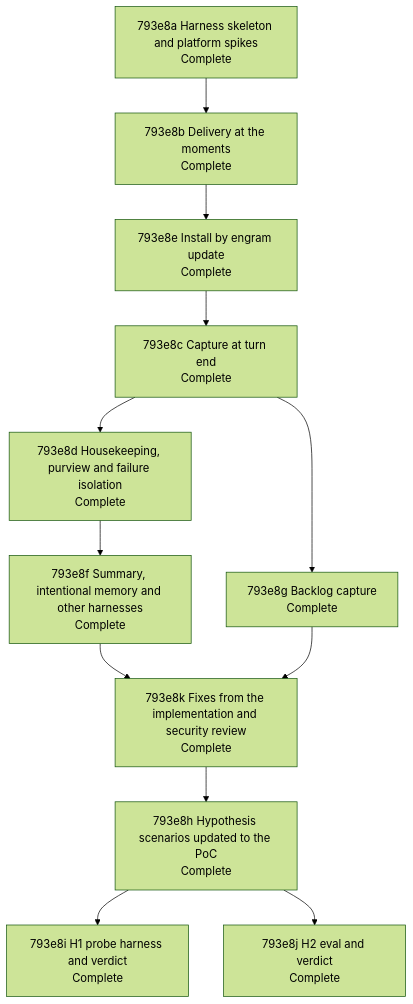
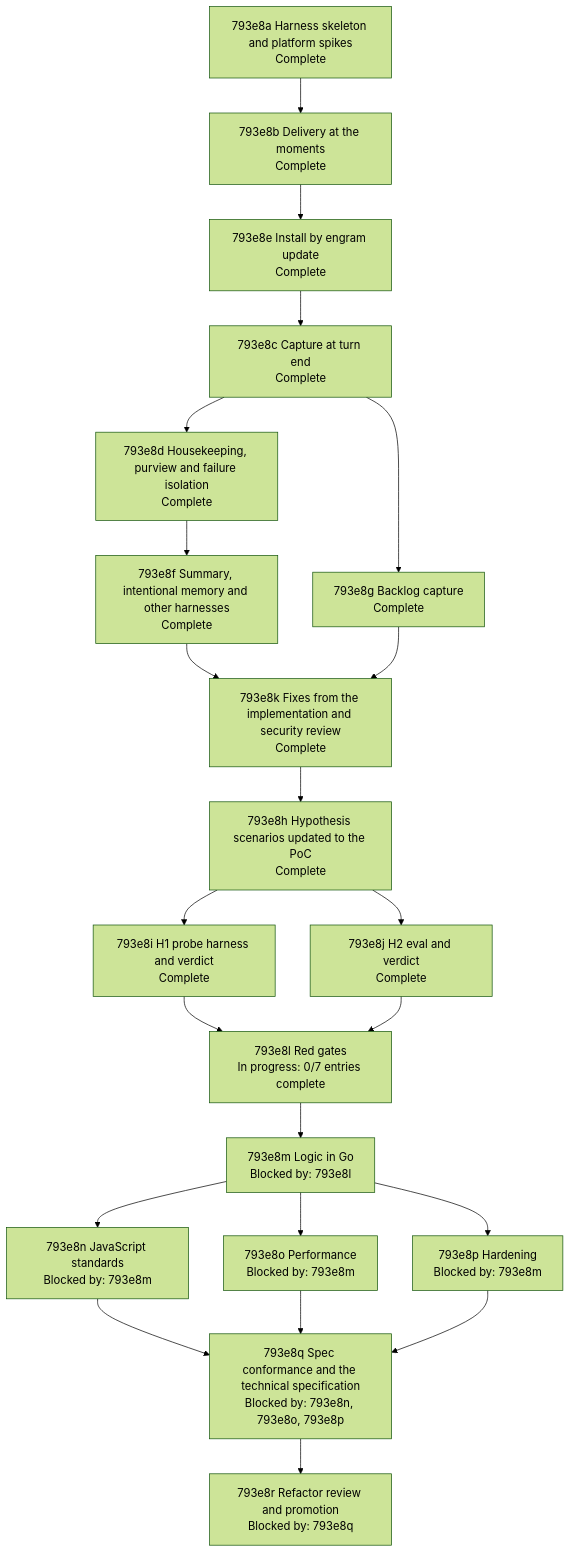
The diagram in docs/changes/793_parallel-memory-agent/793e_implementation-plan.md (toejough/engram), drawn with Mermaid (forest theme) before and after one commit. The commit also changed other lines of this file and 1 other file, not shown here.

````diff
--- a/docs/changes/793_parallel-memory-agent/793e_implementation-plan.md
+++ b/docs/changes/793_parallel-memory-agent/793e_implementation-plan.md
@@ -217,23 +219,40 @@
 ```mermaid
 flowchart TD
   n793e8a["793e8a Harness skeleton and platform spikes<br/>Complete"]
   n793e8b["793e8b Delivery at the moments<br/>Complete"]
   n793e8e["793e8e Install by engram update<br/>Complete"]
   n793e8c["793e8c Capture at turn end<br/>Complete"]
   n793e8d["793e8d Housekeeping, purview and failure isolation<br/>Complete"]
   n793e8g["793e8g Backlog capture<br/>Complete"]
   n793e8f["793e8f Summary, intentional memory and other harnesses<br/>Complete"]
   n793e8k["793e8k Fixes from the implementation and security review<br/>Complete"]
   n793e8h["793e8h Hypothesis scenarios updated to the PoC<br/>Complete"]
   n793e8i["793e8i H1 probe harness and verdict<br/>Complete"]
   n793e8j["793e8j H2 eval and verdict<br/>Complete"]
+  n793e8l["793e8l Red gates<br/>In progress: 0/7 entries complete"]
+  n793e8m["793e8m Logic in Go<br/>Blocked by: 793e8l"]
+  n793e8n["793e8n JavaScript standards<br/>Blocked by: 793e8m"]
+  n793e8o["793e8o Performance<br/>Blocked by: 793e8m"]
+  n793e8p["793e8p Hardening<br/>Blocked by: 793e8m"]
+  n793e8q["793e8q Spec conformance and the technical specification<br/>Blocked by: 793e8n, 793e8o, 793e8p"]
+  n793e8r["793e8r Refactor review and promotion<br/>Blocked by: 793e8q"]
   n793e8a --> n793e8b --> n793e8e --> n793e8c
   n793e8c --> n793e8d
   n793e8c --> n793e8g
   n793e8d --> n793e8f
   n793e8f --> n793e8k
   n793e8g --> n793e8k
   n793e8k --> n793e8h
   n793e8h --> n793e8i
   n793e8h --> n793e8j
+  n793e8i --> n793e8l
+  n793e8j --> n793e8l
+  n793e8l --> n793e8m
+  n793e8m --> n793e8n
+  n793e8m --> n793e8o
+  n793e8m --> n793e8p
+  n793e8n --> n793e8q
+  n793e8o --> n793e8q
+  n793e8p --> n793e8q
+  n793e8q --> n793e8r
 ```
````
